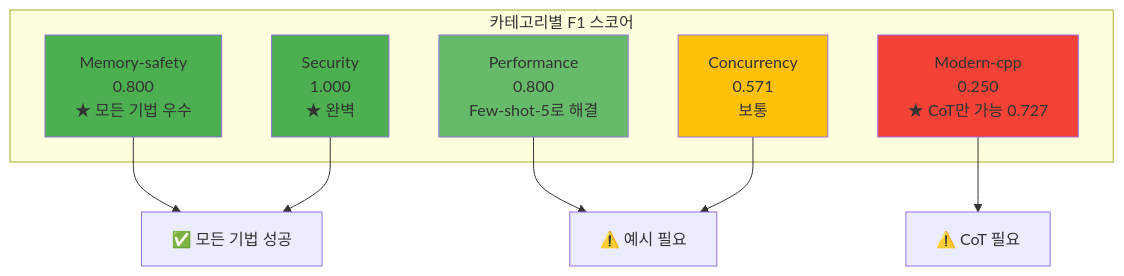
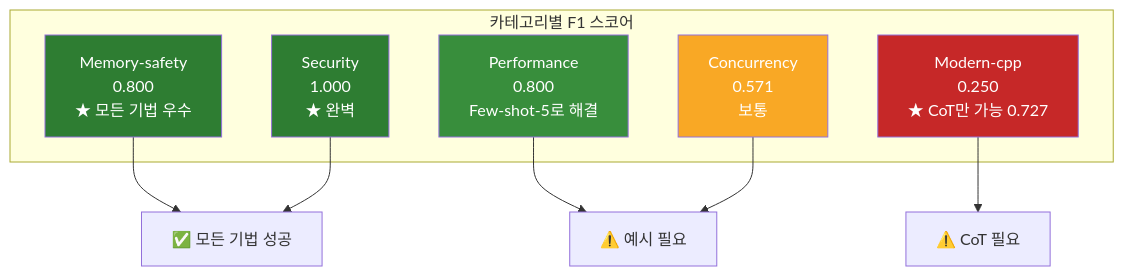
One commit to ApeachM/llm-code-reviewer changed the ninth of 15 diagrams in docs/PROJECT_OVERVIEW.md. Above: the diagram before and after it, drawn with Mermaid. The commit also changed other lines of this file and 2 other files, not shown here.

First line of the commit message:
docs: Update Mermaid diagram colors for improved dark theme readability

````diff
--- a/docs/PROJECT_OVERVIEW.md
+++ b/docs/PROJECT_OVERVIEW.md
@@ -502,22 +502,22 @@
 ```mermaid
 graph TB
     subgraph "카테고리별 F1 스코어"
         Memory[Memory-safety<br/>0.800<br/>★ 모든 기법 우수]
         Security[Security<br/>1.000<br/>★ 완벽]
         Perf[Performance<br/>0.800<br/>Few-shot-5로 해결]
         Concur[Concurrency<br/>0.571<br/>보통]
         Modern[Modern-cpp<br/>0.250<br/>★ CoT만 가능 0.727]
     end
 
     Memory --> AllGood[✅ 모든 기법 성공]
     Security --> AllGood
     Perf --> NeedExample[⚠️ 예시 필요]
     Concur --> NeedExample
     Modern --> NeedCoT[⚠️ CoT 필요]
 
-    style Memory fill:#4caf50
-    style Security fill:#4caf50
-    style Perf fill:#66bb6a
-    style Concur fill:#ffc107
-    style Modern fill:#f44336
+    style Memory fill:#2e7d32,color:#fff
+    style Security fill:#2e7d32,color:#fff
+    style Perf fill:#388e3c,color:#fff
+    style Concur fill:#f9a825,color:#fff
+    style Modern fill:#c62828,color:#fff
 ```
````
